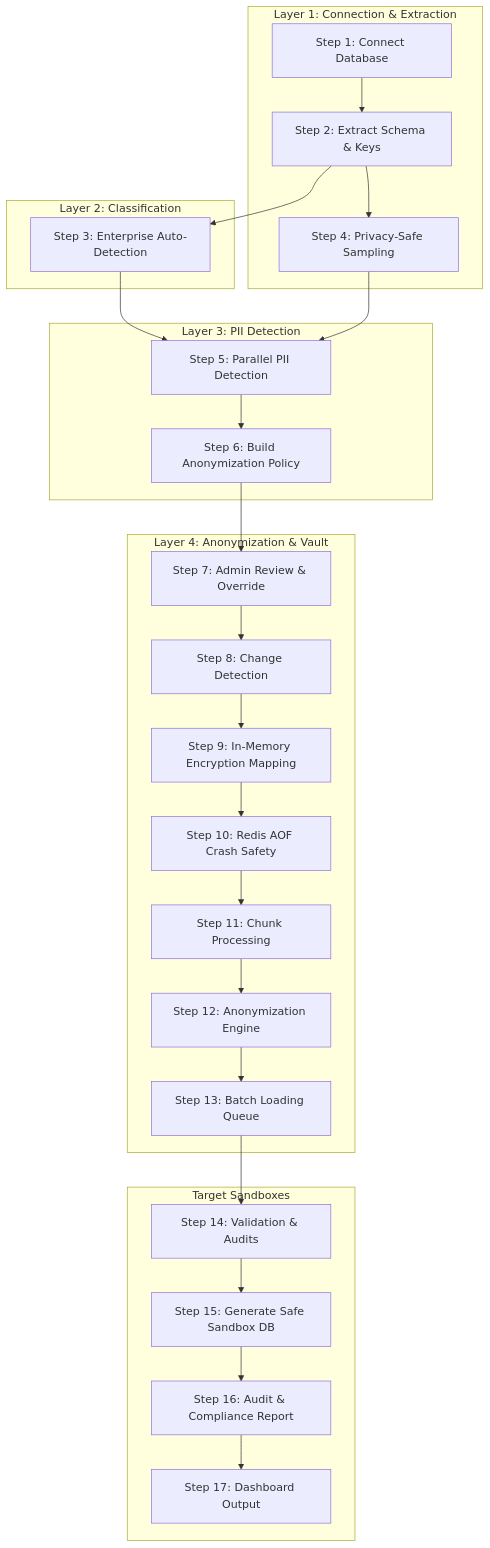
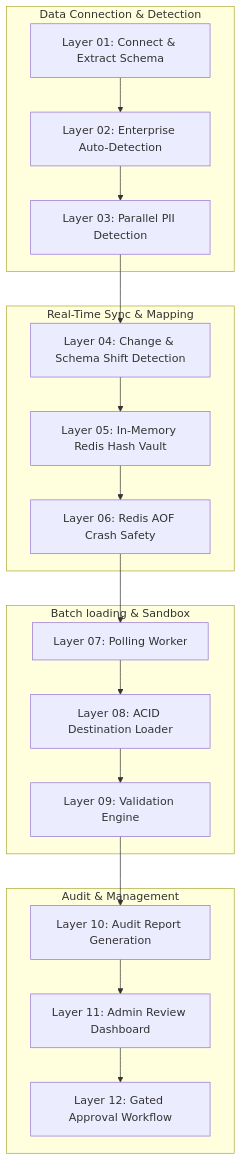
Before and after one commit to Hindhuja7/Data-Anonymization: the diagram in README.md, drawn with Mermaid. The commit also changed other lines of this file and 19 other files, not shown here.

Commit message:
Restructure codebase into 12-layer pipeline architecture and verify edge cases

````diff
--- a/README.md
+++ b/README.md
@@ -43,33 +62,25 @@
 ```mermaid
 graph TD
-    subgraph Layer 1: Connection & Extraction
-        S1[Step 1: Connect Database] --> S2[Step 2: Extract Schema & Keys]
-        S2 --> S4[Step 4: Privacy-Safe Sampling]
+    subgraph Data Connection & Detection
+        L1[Layer 01: Connect & Extract Schema] --> L2[Layer 02: Enterprise Auto-Detection]
+        L2 --> L3[Layer 03: Parallel PII Detection]
     end
 
-    subgraph Layer 2: Classification
-        S2 --> S3[Step 3: Enterprise Auto-Detection]
+    subgraph Real-Time Sync & Mapping
+        L3 --> L4[Layer 04: Change & Schema Shift Detection]
+        L4 --> L5[Layer 05: In-Memory Redis Hash Vault]
+        L5 --> L6[Layer 06: Redis AOF Crash Safety]
     end
 
-    subgraph Layer 3: PII Detection
-        S3 & S4 --> S5[Step 5: Parallel PII Detection]
-        S5 --> S6[Step 6: Build Anonymization Policy]
+    subgraph Batch loading & Sandbox
+        L6 --> L7[Layer 07: Polling Worker]
+        L7 --> L8[Layer 08: ACID Destination Loader]
+        L8 --> L9[Layer 09: Validation Engine]
     end
 
-    subgraph Layer 4: Anonymization & Vault
-        S6 --> S7[Step 7: Admin Review & Override]
-        S7 --> S8[Step 8: Change Detection]
-        S8 --> S9[Step 9: In-Memory Encryption Mapping]
-        S9 --> S10[Step 10: Redis AOF Crash Safety]
-        S10 --> S11[Step 11: Chunk Processing]
-        S11 --> S12[Step 12: Anonymization Engine]
-        S12 --> S13[Step 13: Batch Loading Queue]
-    end
-
-    subgraph Target Sandboxes
-        S13 --> S14[Step 14: Validation & Audits]
-        S14 --> S15[Step 15: Generate Safe Sandbox DB]
-        S15 --> S16[Step 16: Audit & Compliance Report]
-        S16 --> S17[Step 17: Dashboard Output]
+    subgraph Audit & Management
+        L9 --> L10[Layer 10: Audit Report Generation]
+        L10 --> L11[Layer 11: Admin Review Dashboard]
+        L11 --> L12[Layer 12: Gated Approval Workflow]
     end
 ```
````
